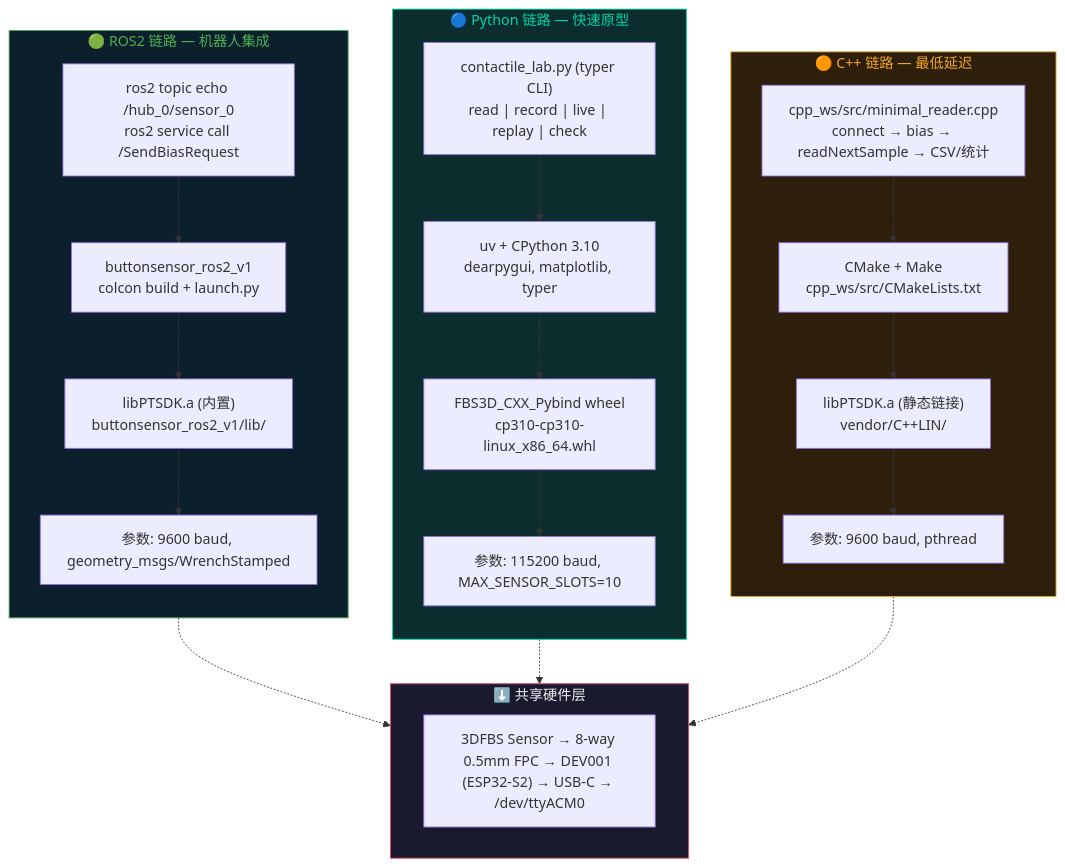
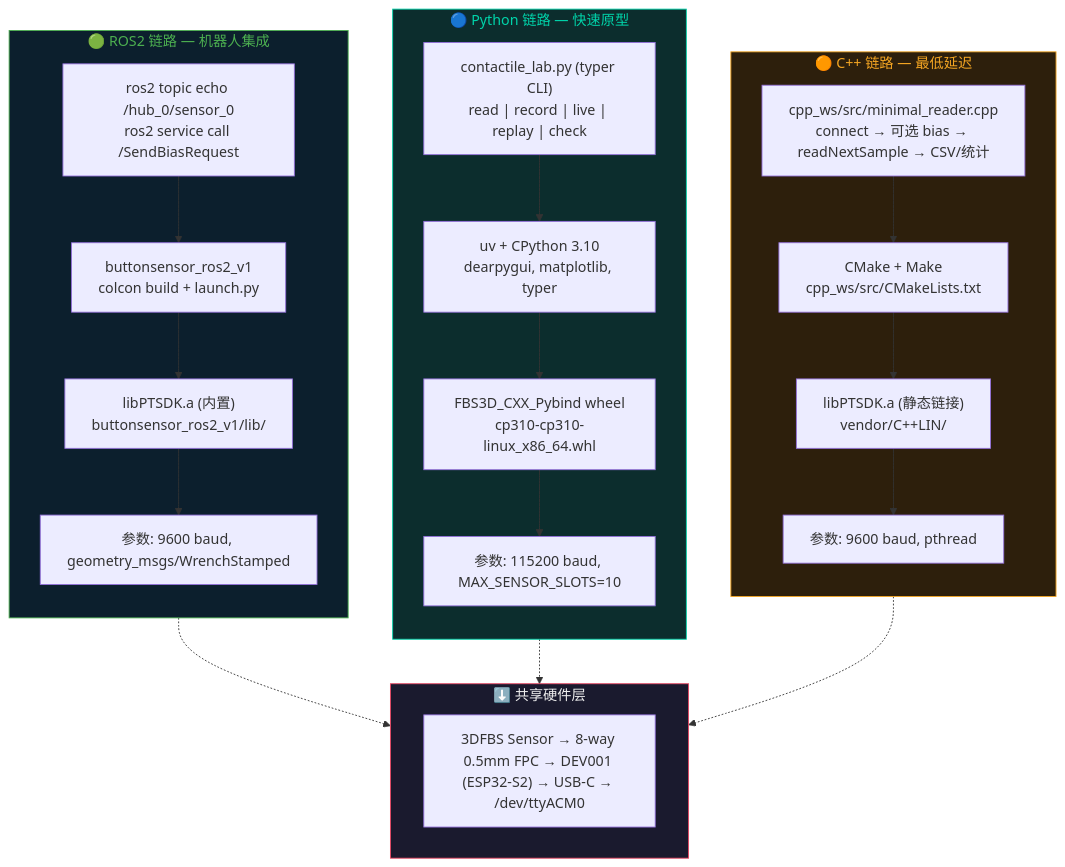
Before and after one commit to langxin11/contactile_3dfbs_lab: the diagram in docs/diagrams/architecture.md, drawn with Mermaid. The commit also changed 7 other files, not shown here.

````diff
--- a/docs/diagrams/architecture.md
+++ b/docs/diagrams/architecture.md
@@ -5,42 +5,42 @@
 ```mermaid
 graph TB
     subgraph CppCol["🟠 C++ 链路 — 最低延迟"]
         direction TB
-        C1["cpp_ws/src/minimal_reader.cpp<br/>connect → bias → readNextSample → CSV/统计"]
+        C1["cpp_ws/src/minimal_reader.cpp<br/>connect → 可选 bias → readNextSample → CSV/统计"]
         C2["CMake + Make<br/>cpp_ws/src/CMakeLists.txt"]
         C3["libPTSDK.a (静态链接)<br/>vendor/C++LIN/"]
         C4["参数: 9600 baud, pthread"]
         C1 --> C2 --> C3 --> C4
     end
 
     subgraph PyCol["🔵 Python 链路 — 快速原型"]
         direction TB
         P1["contactile_lab.py (typer CLI)<br/>read | record | live | replay | check"]
         P2["uv + CPython 3.10<br/>dearpygui, matplotlib, typer"]
         P3["FBS3D_CXX_Pybind wheel<br/>cp310-cp310-linux_x86_64.whl"]
         P4["参数: 115200 baud, MAX_SENSOR_SLOTS=10"]
         P1 --> P2 --> P3 --> P4
     end
 
     subgraph ROS2Col["🟢 ROS2 链路 — 机器人集成"]
         direction TB
         R1["ros2 topic echo /hub_0/sensor_0<br/>ros2 service call /SendBiasRequest"]
         R2["buttonsensor_ros2_v1<br/>colcon build + launch.py"]
         R3["libPTSDK.a (内置)<br/>buttonsensor_ros2_v1/lib/"]
         R4["参数: 9600 baud, geometry_msgs/WrenchStamped"]
         R1 --> R2 --> R3 --> R4
     end
 
     subgraph HW["⬇️ 共享硬件层"]
         H1["3DFBS Sensor → 8-way 0.5mm FPC → DEV001 (ESP32-S2) → USB-C → /dev/ttyACM0"]
     end
 
     C4 -.-> HW
     P4 -.-> HW
     R4 -.-> HW
 
     style CppCol fill:#2d1f0c,stroke:#f5a623,color:#f5a623
     style PyCol fill:#0c2d2d,stroke:#00d4aa,color:#00d4aa
     style ROS2Col fill:#0c1f2d,stroke:#4caf50,color:#4caf50
     style HW fill:#1a1a2e,stroke:#e94560,color:#eee
 ```
````
